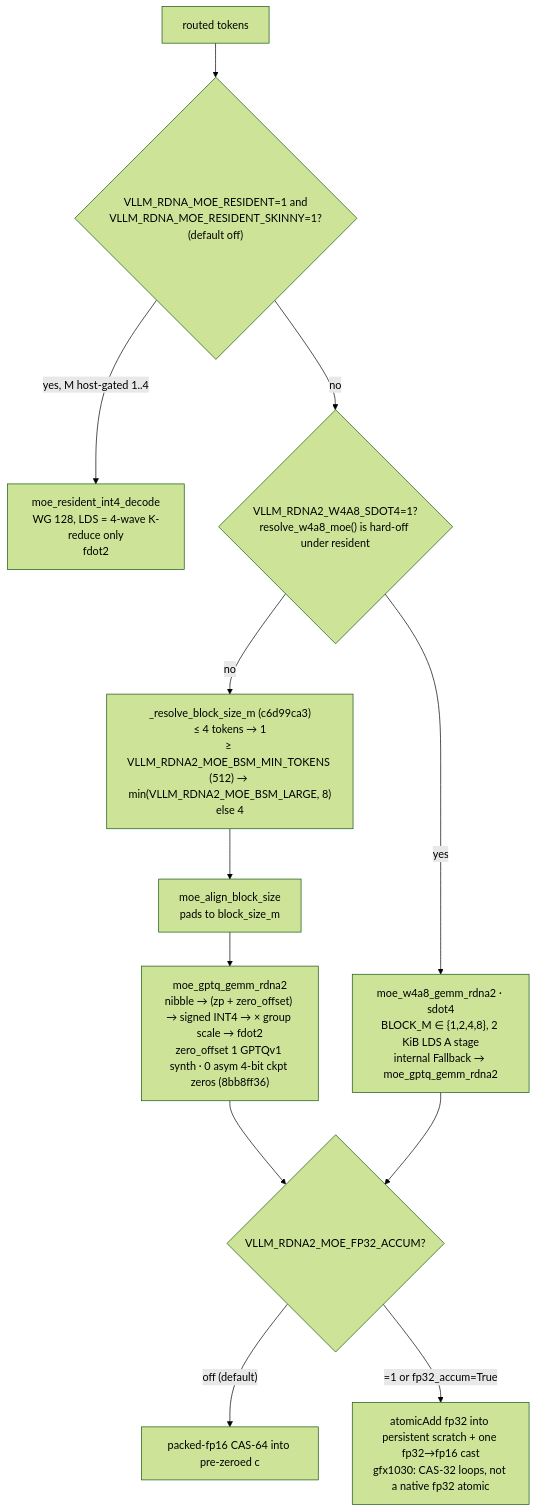
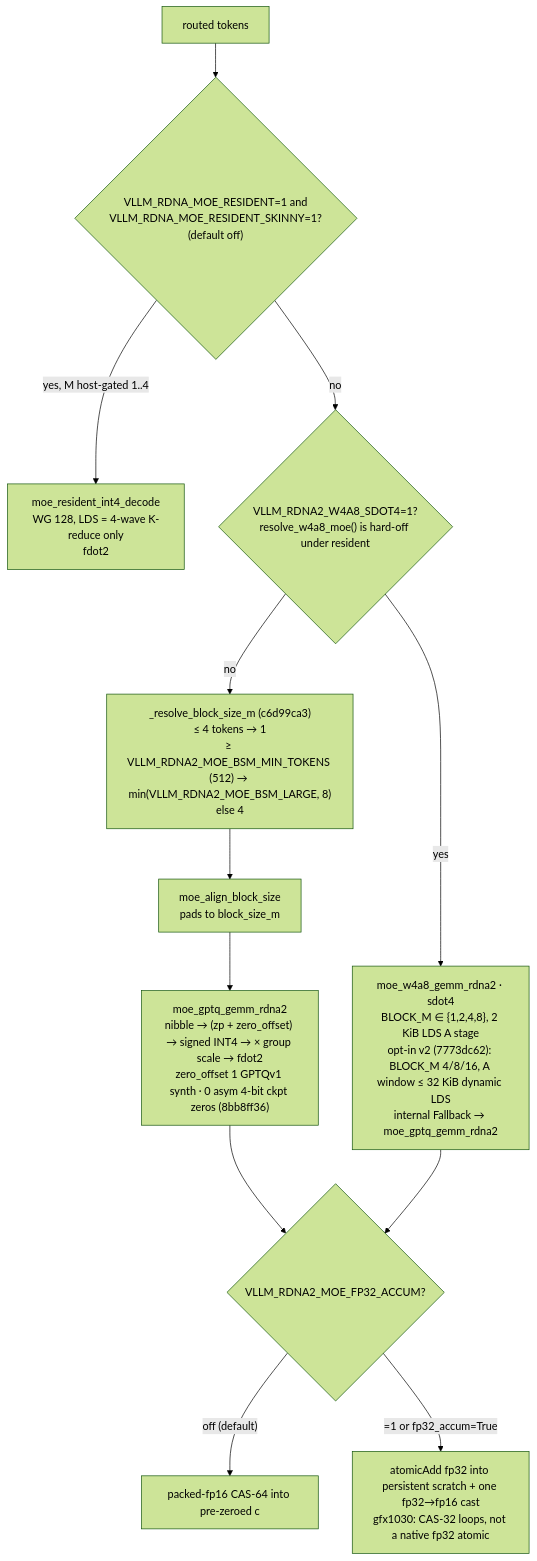
Before and after one commit to BlivionIaG/rdna-hip-wiki: the diagram in kernels/gemm-moe/README.md, drawn with Mermaid (forest theme). The commit also changed other lines of this file and 2 other files, not shown here.

Commit message:
silicon: extras 7773dc62 — opt-in W4A8 MoE v2 kernel (runtime K block, tile 16, ≤32 KiB dynamic LDS A window, batched CAS epilogue); dest fp32-accum comments now say CAS loop

````diff
--- a/kernels/gemm-moe/README.md
+++ b/kernels/gemm-moe/README.md
@@ -29,14 +29,14 @@
 ```mermaid
 flowchart TD
   R["routed tokens"] --> RES{"VLLM_RDNA_MOE_RESIDENT=1 and<br/>VLLM_RDNA_MOE_RESIDENT_SKINNY=1?<br/>(default off)"}
   RES -- "yes, M host-gated 1..4" --> SK["moe_resident_int4_decode<br/>WG 128, LDS = 4-wave K-reduce only<br/>fdot2"]
   RES -- "no" --> W8{"VLLM_RDNA2_W4A8_SDOT4=1?<br/>resolve_w4a8_moe() is hard-off under resident"}
-  W8 -- yes --> MW8["moe_w4a8_gemm_rdna2 · sdot4<br/>BLOCK_M ∈ {1,2,4,8}, 2 KiB LDS A stage<br/>internal Fallback → moe_gptq_gemm_rdna2"]
+  W8 -- yes --> MW8["moe_w4a8_gemm_rdna2 · sdot4<br/>BLOCK_M ∈ {1,2,4,8}, 2 KiB LDS A stage<br/>opt-in v2 (7773dc62): BLOCK_M 4/8/16, A window ≤ 32 KiB dynamic LDS<br/>internal Fallback → moe_gptq_gemm_rdna2"]
   W8 -- no --> BSM["_resolve_block_size_m (c6d99ca3)<br/>≤ 4 tokens → 1<br/>≥ VLLM_RDNA2_MOE_BSM_MIN_TOKENS (512) → min(VLLM_RDNA2_MOE_BSM_LARGE, 8)<br/>else 4"]
   BSM --> AL["moe_align_block_size<br/>pads to block_size_m"]
   AL --> MQ["moe_gptq_gemm_rdna2<br/>nibble → (zp + zero_offset) → signed INT4 → × group scale → fdot2<br/>zero_offset 1 GPTQv1 synth · 0 asym 4-bit ckpt zeros (8bb8ff36)"]
   MQ --> ACC{"VLLM_RDNA2_MOE_FP32_ACCUM?"}
   MW8 --> ACC
   ACC -- "off (default)" --> CAS["packed-fp16 CAS-64 into pre-zeroed c"]
   ACC -- "=1 or fp32_accum=True" --> F32["atomicAdd fp32 into persistent scratch + one fp32→fp16 cast<br/>gfx1030: CAS-32 loops, not a native fp32 atomic"]
 ```
````
